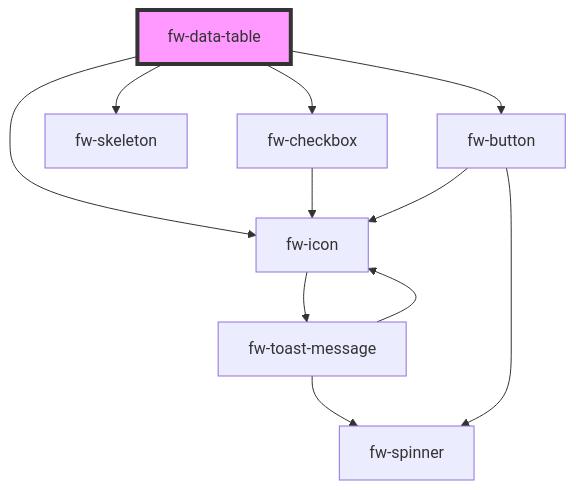
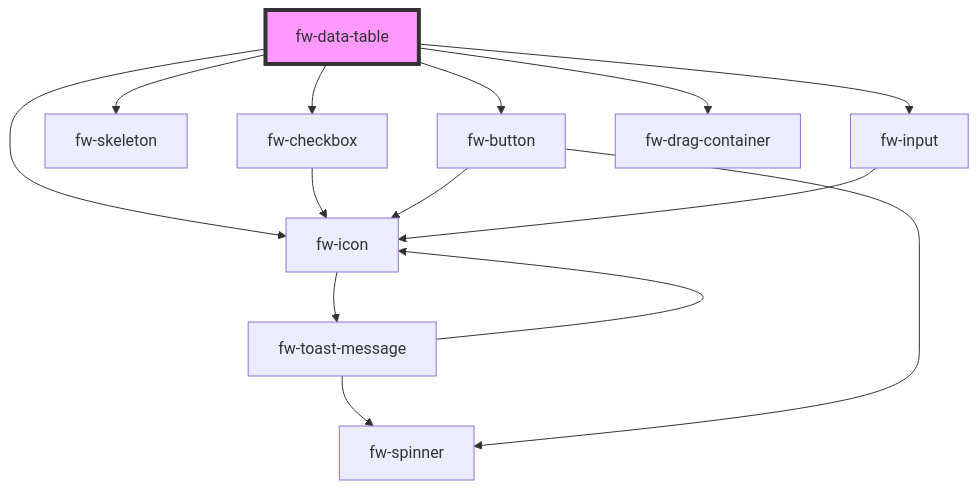
One commit to freshworks/crayons changed the diagram in packages/crayons-core/src/components/data-table/readme.md. Above: the diagram before and after it, drawn with Mermaid. The commit also changed other lines of this file and 7 other files, not shown here.

Commit message:
feat(data-table): add table settings option to data table

````diff
--- a/packages/crayons-core/src/components/data-table/readme.md
+++ b/packages/crayons-core/src/components/data-table/readme.md
@@ -1380,14 +1550,17 @@
 ```mermaid
 graph TD;
   fw-data-table --> fw-checkbox
   fw-data-table --> fw-skeleton
   fw-data-table --> fw-button
   fw-data-table --> fw-icon
+  fw-data-table --> fw-input
+  fw-data-table --> fw-drag-container
   fw-checkbox --> fw-icon
   fw-icon --> fw-toast-message
   fw-toast-message --> fw-spinner
   fw-toast-message --> fw-icon
   fw-button --> fw-spinner
   fw-button --> fw-icon
+  fw-input --> fw-icon
   style fw-data-table fill:#f9f,stroke:#333,stroke-width:4px
 ```
````
